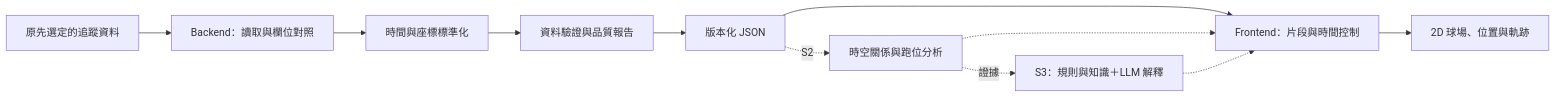
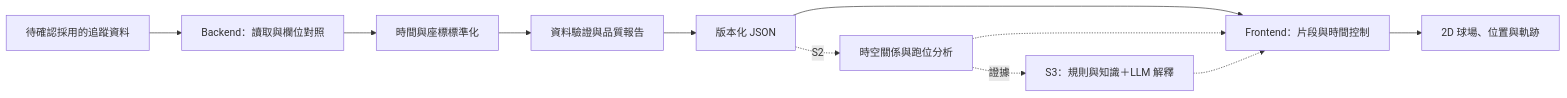
Before and after one commit to alex520623/basketball-tactics: the diagram in docs/architecture.md, drawn with Mermaid. The commit also changed other lines of this file and 9 other files, not shown here.

````diff
--- a/docs/architecture.md
+++ b/docs/architecture.md
@@ -12,13 +14,13 @@
 ```mermaid
 flowchart LR
-    A[原先選定的追蹤資料] --> B[Backend：讀取與欄位對照]
+    A[待確認採用的追蹤資料] --> B[Backend：讀取與欄位對照]
     B --> C[時間與座標標準化]
     C --> D[資料驗證與品質報告]
     D --> E[版本化 JSON]
     E --> F[Frontend：片段與時間控制]
     F --> G[2D 球場、位置與軌跡]
     E -. S2 .-> H[時空關係與跑位分析]
     H -. 證據 .-> I[S3：規則與知識＋LLM 解釋]
     H -.-> F
     I -.-> F
 ```
````
